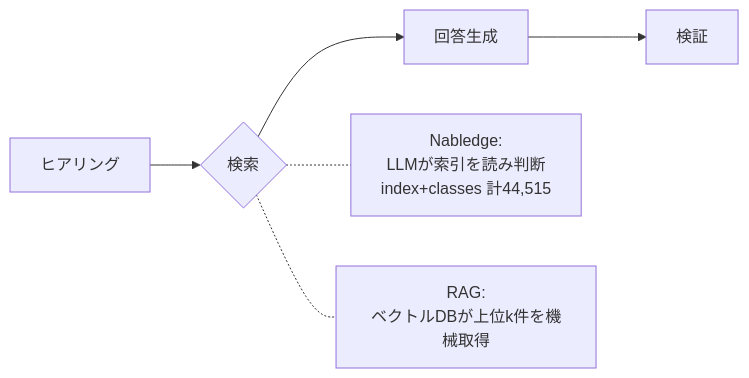
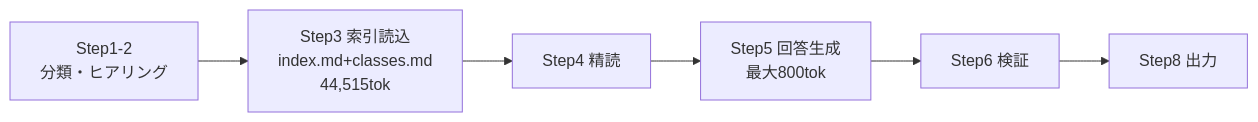
The fourth of 5 diagrams in docs/reports/cost-optimization-architecture.md (nablarch/nabledge-dev), drawn with Mermaid before and after one commit. The commit also changed other lines of this file and 1 other file, not shown here.

````diff
--- a/docs/reports/cost-optimization-architecture.md
+++ b/docs/reports/cost-optimization-architecture.md
@@ -56,7 +127,5 @@
 ```mermaid
 flowchart LR
-    H[ヒアリング] --> SEARCH{検索}
-    SEARCH --> G[回答生成] --> V[検証]
-    SEARCH -.- N[Nabledge:<br/>LLMが索引を読み判断<br/>index+classes 計44,515]
-    SEARCH -.- R[RAG:<br/>ベクトルDBが上位k件を機械取得]
+    S1[Step1-2<br/>分類・ヒアリング] --> S3[Step3 索引読込<br/>index.md+classes.md<br/>44,515tok]
+    S3 --> S4[Step4 精読] --> S5[Step5 回答生成<br/>最大800tok] --> S6[Step6 検証] --> S8[Step8 出力]
 ```
````
